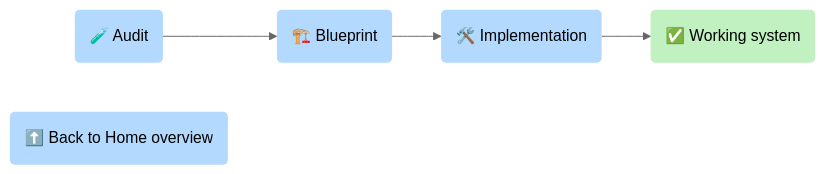
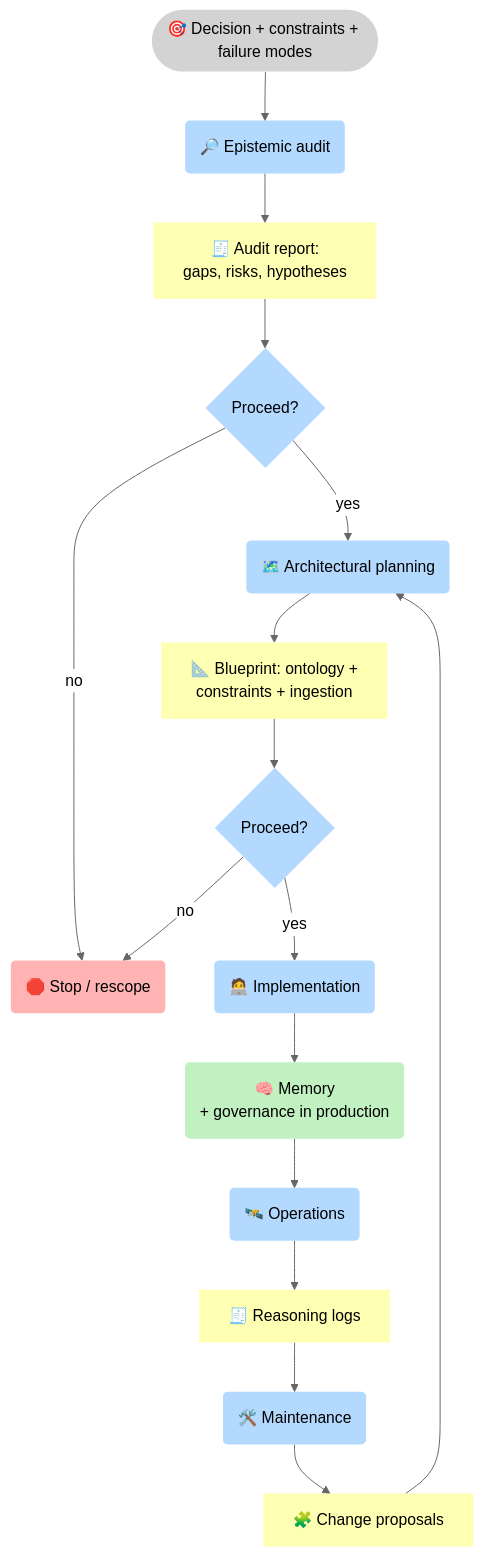
Before and after one commit to 5Reasons/5reasons.github.io: the third of 5 diagrams in docs/index.md, drawn with Mermaid (neutral theme). The commit also changed other lines of this file and 3 other files, not shown here.

````diff
--- a/docs/index.md
+++ b/docs/index.md
@@ -194,20 +209,47 @@
 ```mermaid
-flowchart LR
+flowchart TB
+%% Styles (brModel Standard)
 classDef i fill:#D3D3D3,stroke-width:0px,color:#000;
 classDef p fill:#B3D9FF,stroke-width:0px,color:#000;
+classDef r fill:#FFFFB3,stroke-width:0px,color:#000;
 classDef o fill:#C1F0C1,stroke-width:0px,color:#000;
+classDef s fill:#FFB3B3,stroke-width:0px,color:#000;
 
-P_Audit("🧪 Audit"):::p
-P_Blueprint("🏗️ Blueprint"):::p
-P_Impl("🛠️ Implementation"):::p
-O_Deliver("✅ Working system"):::o
+I_Goal(["🎯 Decision + constraints + failure modes"]):::i
 
-P_Audit --> P_Blueprint --> P_Impl --> O_Deliver
+P_Audit("🔎 Epistemic audit"):::p
+R_AuditReport["🧾 Audit report: <br>gaps, risks, hypotheses"]:::r
+G1{"Proceed?"}:::p
 
-P_Home("⬆️ Back to Home overview"):::p
+P_Plan("🗺️ Architectural planning"):::p
+R_Blueprint["📐 Blueprint: ontology + <br>constraints + ingestion"]:::r
+G2{"Proceed?"}:::p
+
+P_Impl("🧑‍💻 Implementation"):::p
+O_Memory("🧠 Memory <br>+ governance in production"):::o
+
+P_Ops("🛰️ Operations"):::p
+R_Logs["🧾 Reasoning logs"]:::r
+P_Maint("🛠️ Maintenance"):::p
+R_Change["🧩 Change proposals"]:::r
+
+S_Stop("🛑 Stop / rescope"):::s
+
+I_Goal --> P_Audit --> R_AuditReport --> G1
+G1 -->|"no"| S_Stop
+G1 -->|"yes"| P_Plan --> R_Blueprint --> G2
+G2 -->|"no"| S_Stop
+G2 -->|"yes"| P_Impl --> O_Memory --> P_Ops --> R_Logs --> P_Maint --> R_Change --> P_Plan
+
+
 
 click P_Audit "/services/epistemic-audit/" "Epistemic Audit"
-click P_Blueprint "/services/blueprint/" "Architecture Blueprint"
+click R_AuditReport "/services/epistemic-audit/" "Audit report"
+click P_Plan "/services/blueprint/" "Architecture Blueprint"
+click R_Blueprint "/services/blueprint/" "Architecture Blueprint"
 click P_Impl "/services/implementation/" "Implementation"
-click P_Home "/#what-we-build" "Back to the main process map"
+click O_Memory "/methodology/" "Methodology"
+click P_Ops "/reasoners/operating-model/" "Operating model"
+click R_Logs "/reasoners/governance/" "Governance Approach"
+click P_Maint "/services/partnership/" "Ongoing Partnership"
 ```
````
